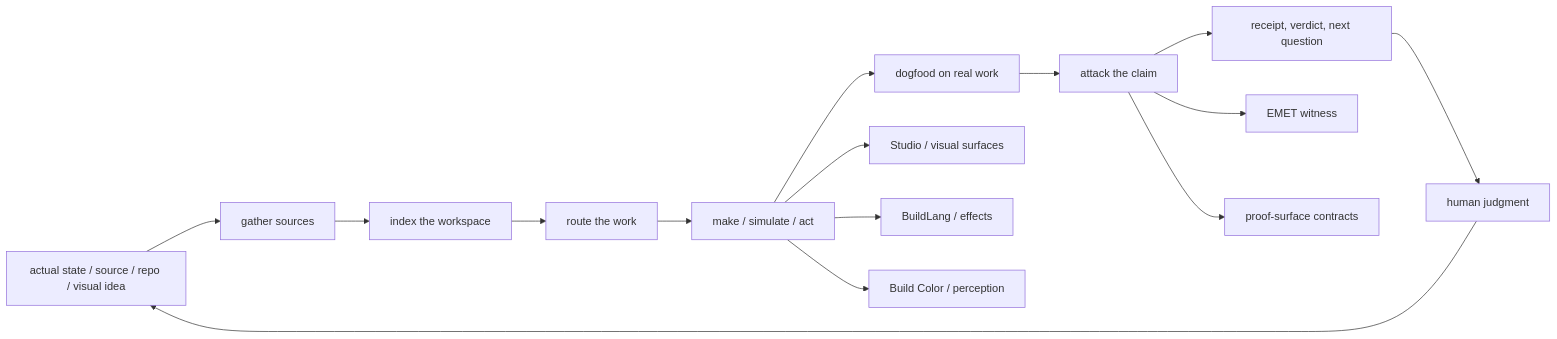
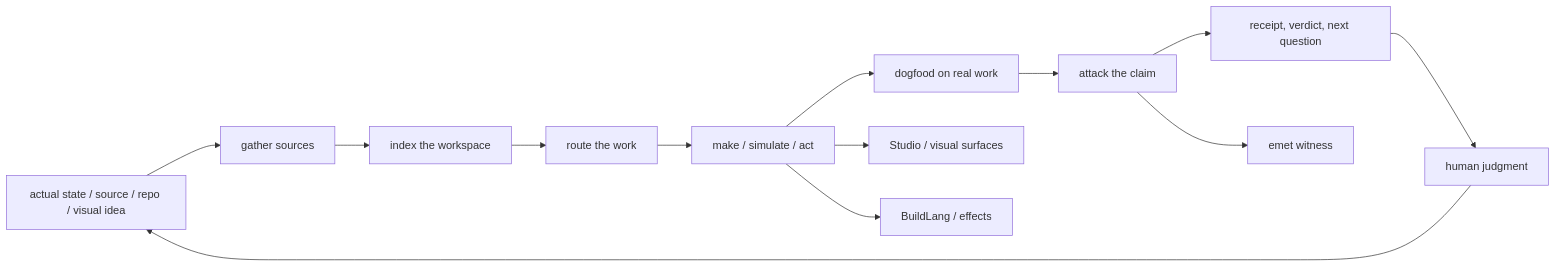
One commit to HarperZ9/HarperZ9 changed the diagram in README.md. Above: the diagram before and after it, drawn with Mermaid. The commit also changed other lines of this file and 1 other file, not shown here.

````diff
--- a/README.md
+++ b/README.md
@@ -477,18 +51,15 @@
 ```mermaid
 flowchart LR
     state["actual state / source / repo / visual idea"] --> gather["gather sources"]
     gather --> index["index the workspace"]
     index --> forum["route the work"]
     forum --> telos["make / simulate / act"]
     telos --> dogfood["dogfood on real work"]
     dogfood --> crucible["attack the claim"]
     crucible --> receipt["receipt, verdict, next question"]
     receipt --> human["human judgment"]
     human --> state
-
     telos --> studio["Studio / visual surfaces"]
     telos --> buildlang["BuildLang / effects"]
-    telos --> color["Build Color / perception"]
-    crucible --> emet["EMET witness"]
-    crucible --> proof["proof-surface contracts"]
+    crucible --> emet["emet witness"]
 ```
````
